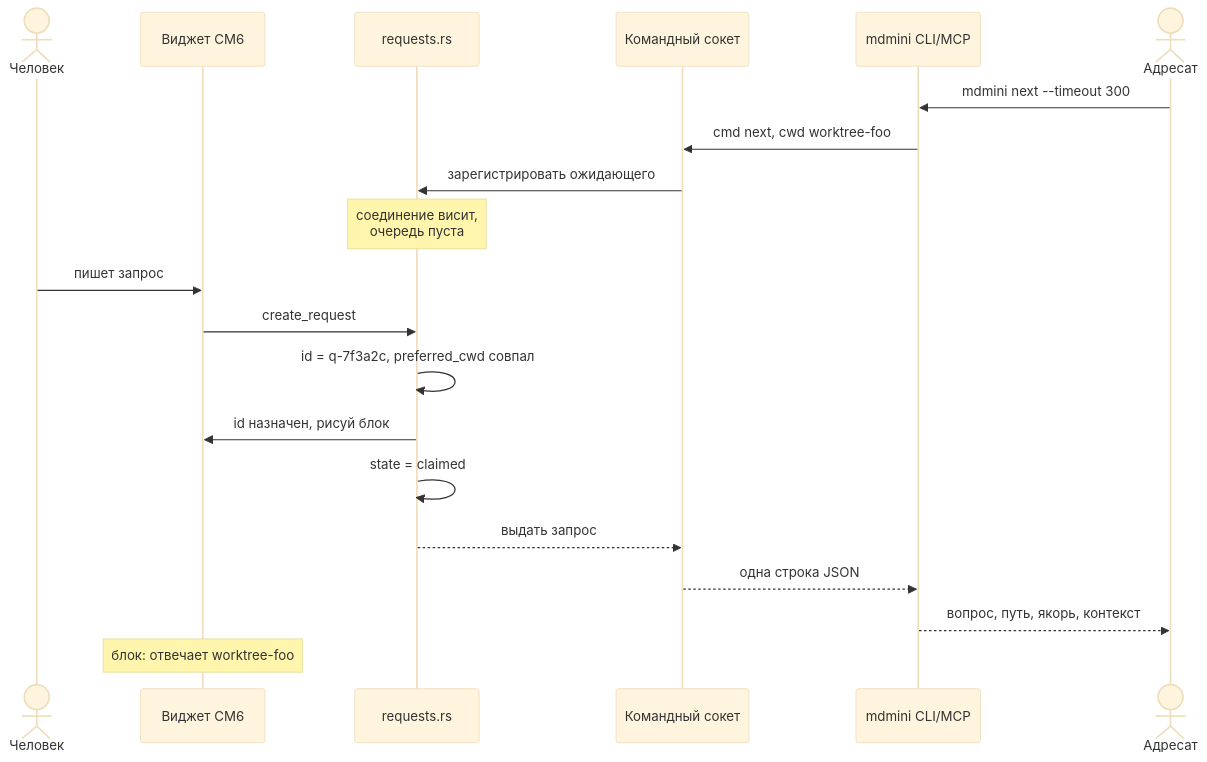
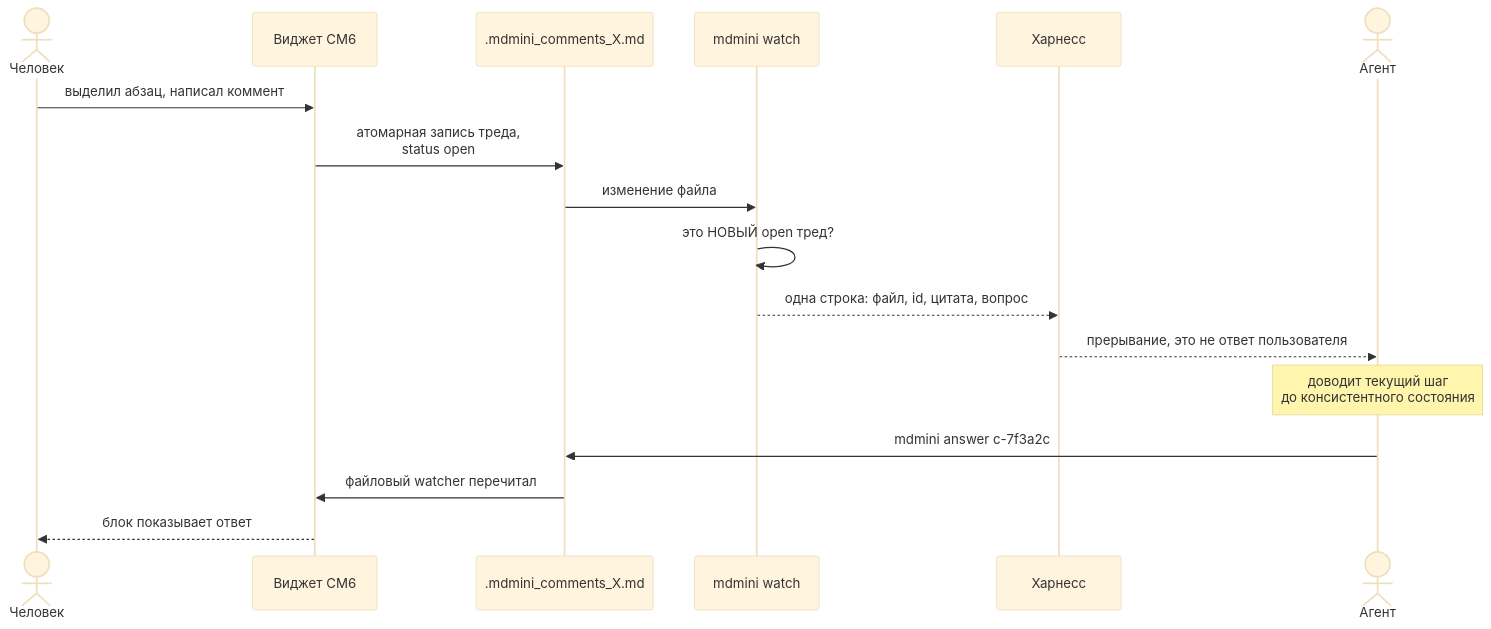
One commit to malinborn/mdmini changed the eighth of 14 diagrams in docs/superpowers/specs/2026-08-23-document-requests-design.md. Above: the diagram before and after it, drawn with Mermaid (base theme). The commit also changed other lines of this file, not shown here.

````diff
--- a/docs/superpowers/specs/2026-08-23-document-requests-design.md
+++ b/docs/superpowers/specs/2026-08-23-document-requests-design.md
@@ -317,24 +276,20 @@
 ```mermaid
 sequenceDiagram
     actor U as Человек
     participant W as Виджет CM6
-    participant R as requests.rs
-    participant S as Командный сокет
-    participant C as mdmini CLI/MCP
-    actor A as Адресат
+    participant F as .mdmini_comments_X.md
+    participant C as mdmini watch
+    participant K as Харнесс
+    actor A as Агент
 
-    A->>C: mdmini next --timeout 300
-    C->>S: cmd next, cwd worktree-foo
-    S->>R: зарегистрировать ожидающего
-    Note over R: соединение висит,<br/>очередь пуста
-
-    U->>W: пишет запрос
-    W->>R: create_request
-    R->>R: id = q-7f3a2c, preferred_cwd совпал
-    R->>W: id назначен, рисуй блок
-    R->>R: state = claimed
-    R-->>S: выдать запрос
-    S-->>C: одна строка JSON
-    C-->>A: вопрос, путь, якорь, контекст
-    Note over W: блок: отвечает worktree-foo
+    U->>W: выделил абзац, написал коммент
+    W->>F: атомарная запись треда,<br/>status open
+    F->>C: изменение файла
+    C->>C: это НОВЫЙ open тред?
+    C-->>K: одна строка: файл, id, цитата, вопрос
+    K-->>A: прерывание, это не ответ пользователя
+    Note over A: доводит текущий шаг<br/>до консистентного состояния
+    A->>F: mdmini answer c-7f3a2c
+    F->>W: файловый watcher перечитал
+    W-->>U: блок показывает ответ
 ```
````
